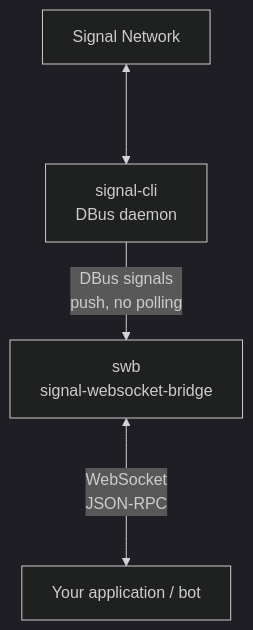
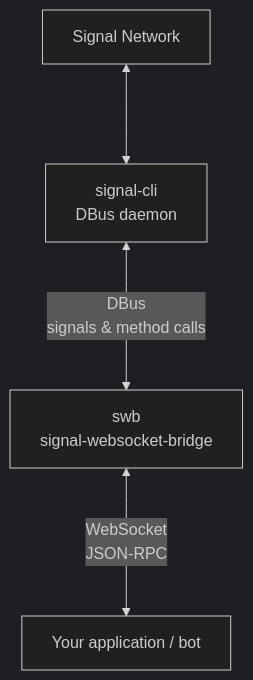
The diagram in README.md (smeinecke/signal-websocket-bridge), drawn with Mermaid (dark theme) before and after one commit.

Commit message:
Update architecture diagram to show bidirectional DBus communication
- Change one-way arrow to bidirectional between signal-cli and swb
- Update label from "DBus signals push, no polling" to "DBus signals & method calls"
- Reflect that swb both receives signals and makes method calls to signal-cli

````diff
--- a/README.md
+++ b/README.md
@@ -7,6 +7,6 @@
 ```mermaid
 flowchart TD
     Signal[Signal Network] <---> signal-cli[signal-cli<br/>DBus daemon]
-    signal-cli -->|DBus signals<br/>push, no polling| swb[swb<br/>signal-websocket-bridge]
+    signal-cli <--->|DBus<br/>signals & method calls| swb[swb<br/>signal-websocket-bridge]
     swb <--->|WebSocket<br/>JSON-RPC| App[Your application / bot]
 ```
````
